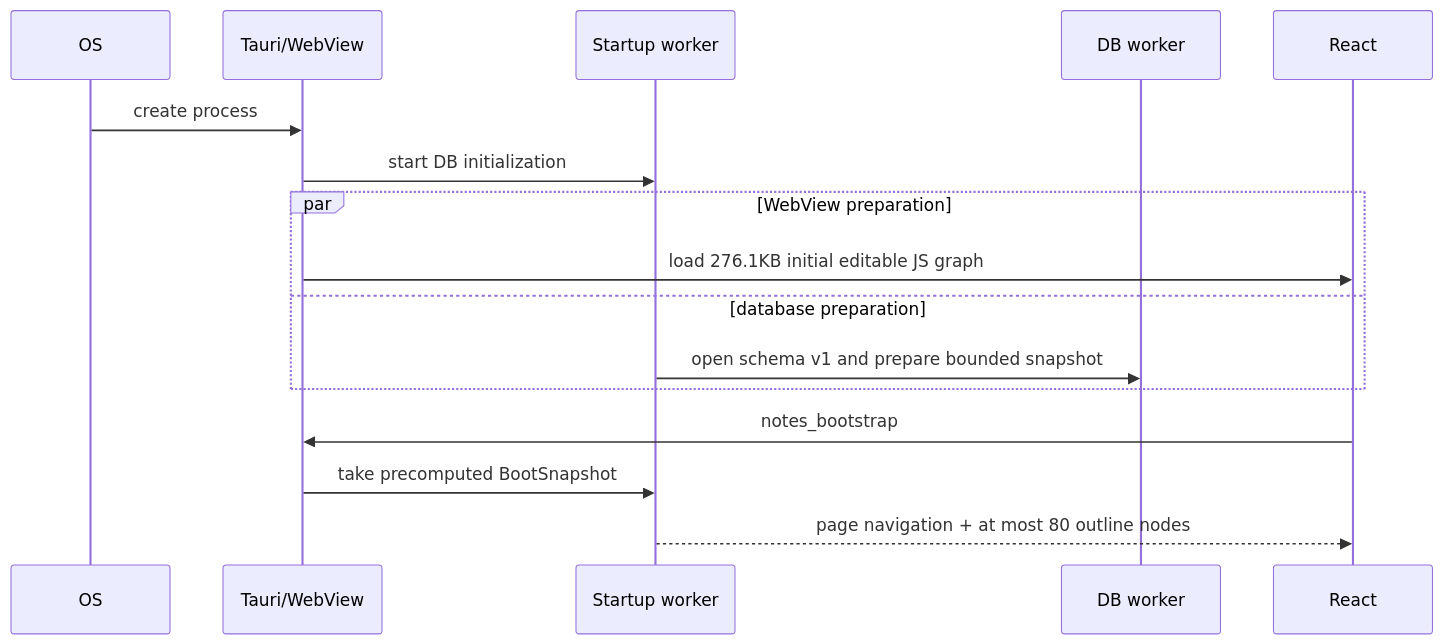
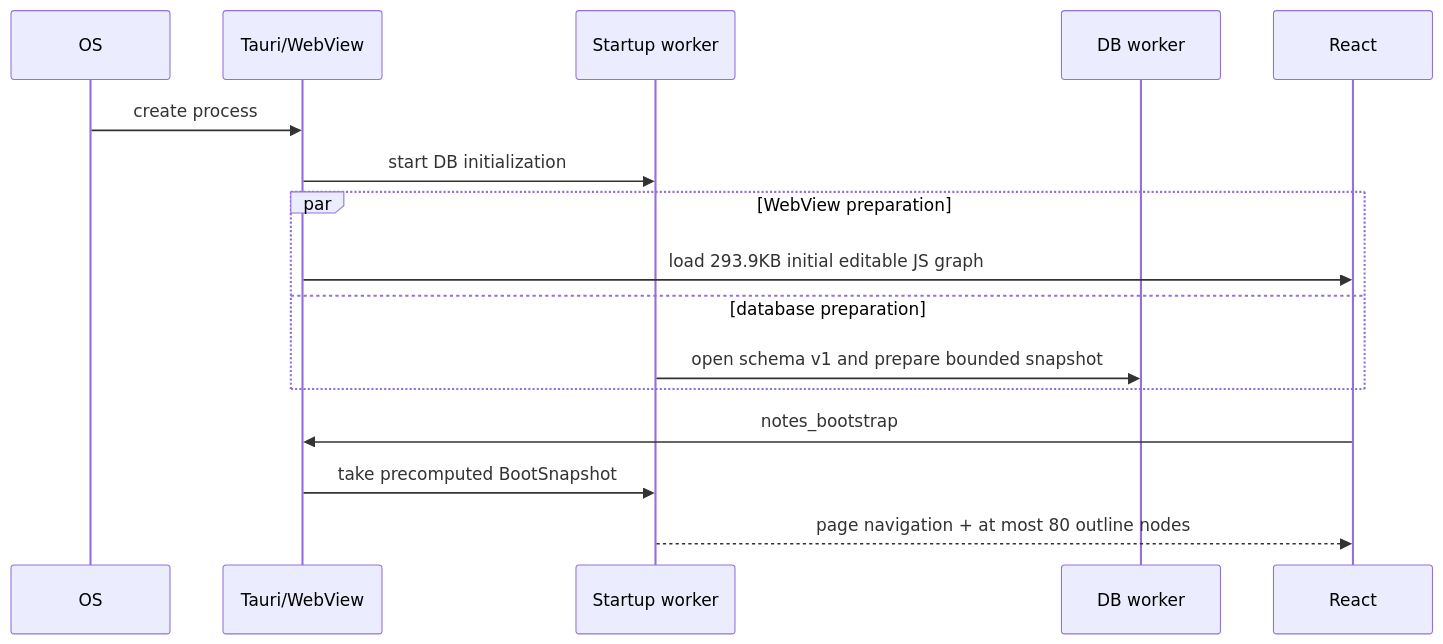
One commit to doortts/yonalist changed the second of 3 diagrams in docs/v2/architecture.md. Above: the diagram before and after it, drawn with Mermaid. The commit also changed other lines of this file and 4 other files, not shown here.

````diff
--- a/docs/v2/architecture.md
+++ b/docs/v2/architecture.md
@@ -23,18 +24,18 @@
 ```mermaid
 sequenceDiagram
   participant OS
   participant T as Tauri/WebView
   participant S as Startup worker
   participant D as DB worker
   participant R as React
   OS->>T: create process
   T->>S: start DB initialization
   par WebView preparation
-    T->>R: load 276.1KB initial editable JS graph
+    T->>R: load 293.9KB initial editable JS graph
   and database preparation
     S->>D: open schema v1 and prepare bounded snapshot
   end
   R->>T: notes_bootstrap
   T->>S: take precomputed BootSnapshot
   S-->>R: page navigation + at most 80 outline nodes
 ```
````
